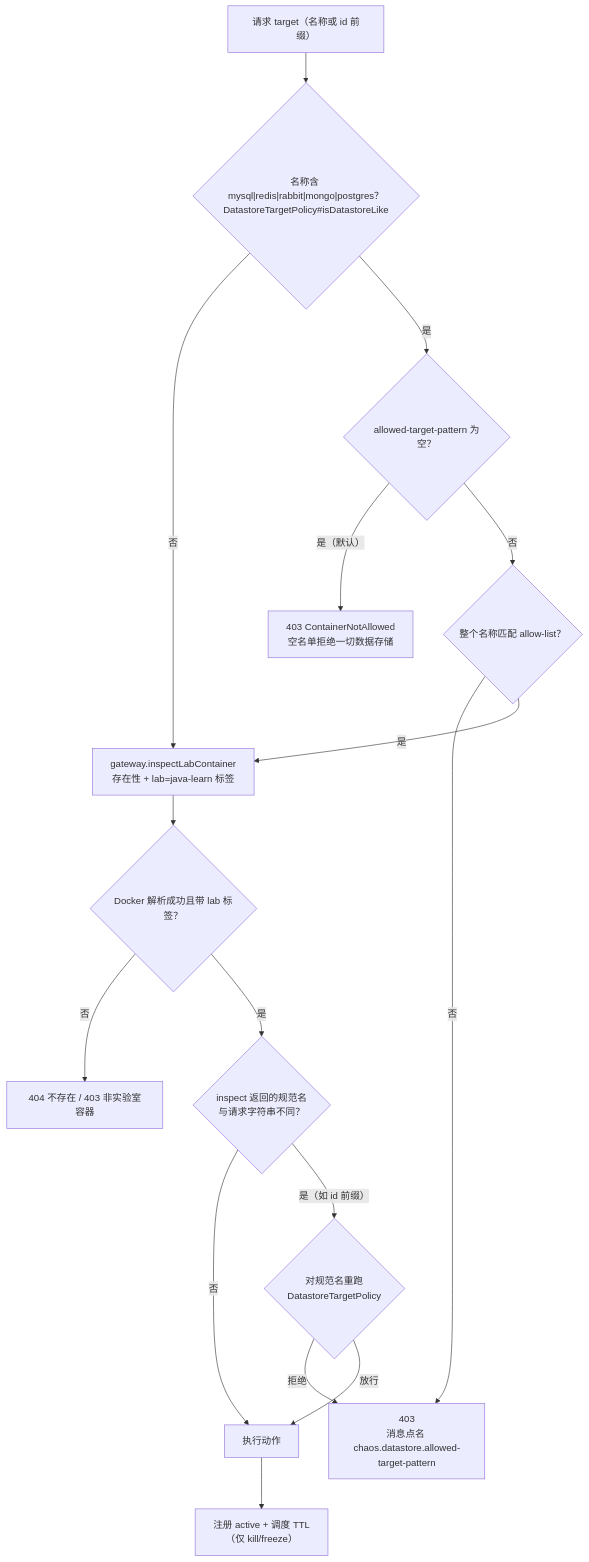
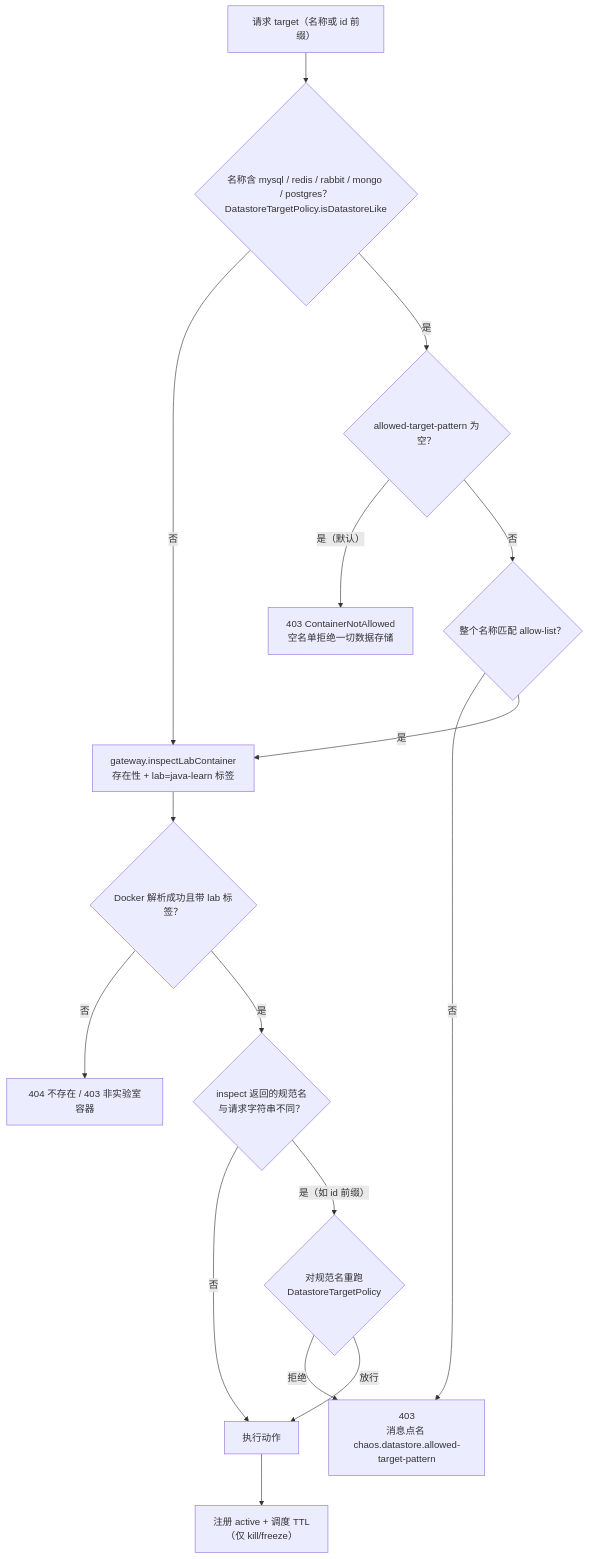
The fourth of 4 diagrams in doc/design/details/06-故障注入与实验向导.md (GigaEphemeral/test_dashbord), drawn with Mermaid before and after one commit. The commit also changed other lines of this file, not shown here.

````diff
--- a/doc/design/details/06-故障注入与实验向导.md
+++ b/doc/design/details/06-故障注入与实验向导.md
@@ -162,19 +162,19 @@
 ```mermaid
 flowchart TD
-    T["请求 target（名称或 id 前缀）"] --> K{"名称含 mysql|redis|rabbit|mongo|postgres？<br/>DatastoreTargetPolicy#isDatastoreLike"}
+    T["请求 target（名称或 id 前缀）"] --> K{"名称含 mysql / redis / rabbit / mongo / postgres？<br/>DatastoreTargetPolicy.isDatastoreLike"}
     K -- "否" --> L["gateway.inspectLabContainer<br/>存在性 + lab=java-learn 标签"]
     K -- "是" --> E{"allowed-target-pattern 为空？"}
     E -- "是（默认）" --> R1["403 ContainerNotAllowed<br/>空名单拒绝一切数据存储"]
     E -- "否" --> M{"整个名称匹配 allow-list？"}
     M -- "否" --> R2["403<br/>消息点名 chaos.datastore.allowed-target-pattern"]
     M -- "是" --> L
 
     L --> OK{"Docker 解析成功且带 lab 标签？"}
     OK -- "否" --> R3["404 不存在 / 403 非实验室容器"]
     OK -- "是" --> C{"inspect 返回的规范名<br/>与请求字符串不同？"}
     C -- "否" --> A["执行动作"]
     C -- "是（如 id 前缀）" --> K2{"对规范名重跑<br/>DatastoreTargetPolicy"}
     K2 -- "拒绝" --> R2
     K2 -- "放行" --> A
     A --> TRACK["注册 active + 调度 TTL<br/>（仅 kill/freeze）"]
 ```
````
